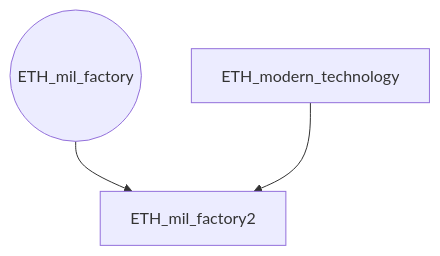
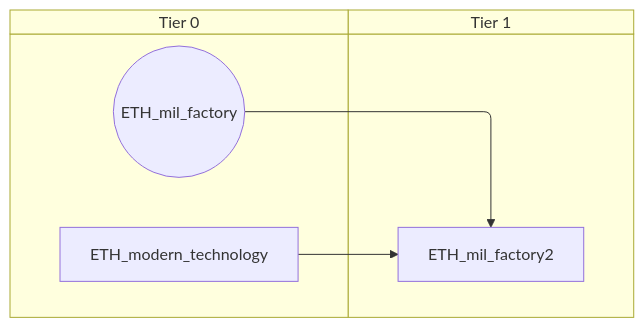
Before and after one commit to evgeny-sobol/hoi4-sandbox-mode-r56: the fourth of 6 diagrams in docs/gdd/National Focuses/r56/r56_ethiopia.md, drawn with Mermaid. The commit also changed other lines of this file and 423 other files, not shown here.

First line of the commit message:
Re-export Rt56 focus trees as swimlane diagrams

````diff
--- a/docs/gdd/National Focuses/r56/r56_ethiopia.md
+++ b/docs/gdd/National Focuses/r56/r56_ethiopia.md
@@ -142,8 +194,12 @@
 ```mermaid
-flowchart TD
-    n42(("ETH_mil_factory"))
-    n43["ETH_mil_factory2"]
-    n27["ETH_modern_technology"]
-    n42 --> n43
-    n27 --> n43
+swimlane-beta TD
+    subgraph tier_0["Tier 0"]
+        n42(("ETH_mil_factory"))
+        n8["ETH_modern_technology"]
+    end
+    subgraph tier_1["Tier 1"]
+        n44["ETH_mil_factory2"]
+    end
+    n42 --> n44
+    n8 --> n44
 ```
````
